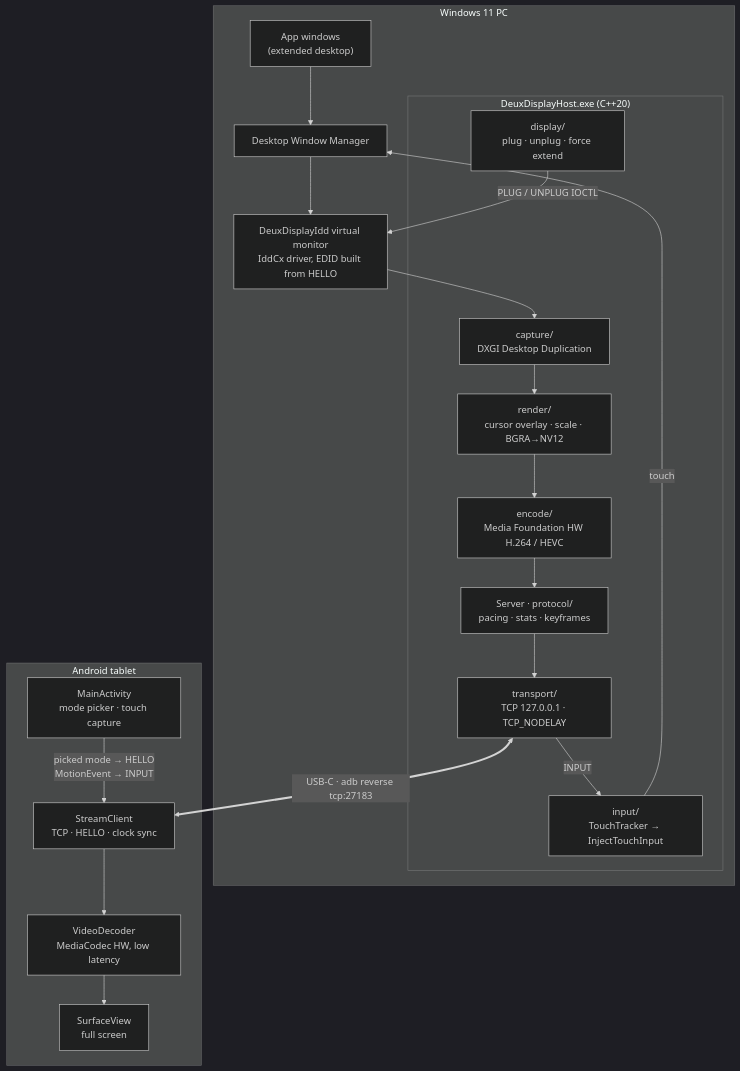
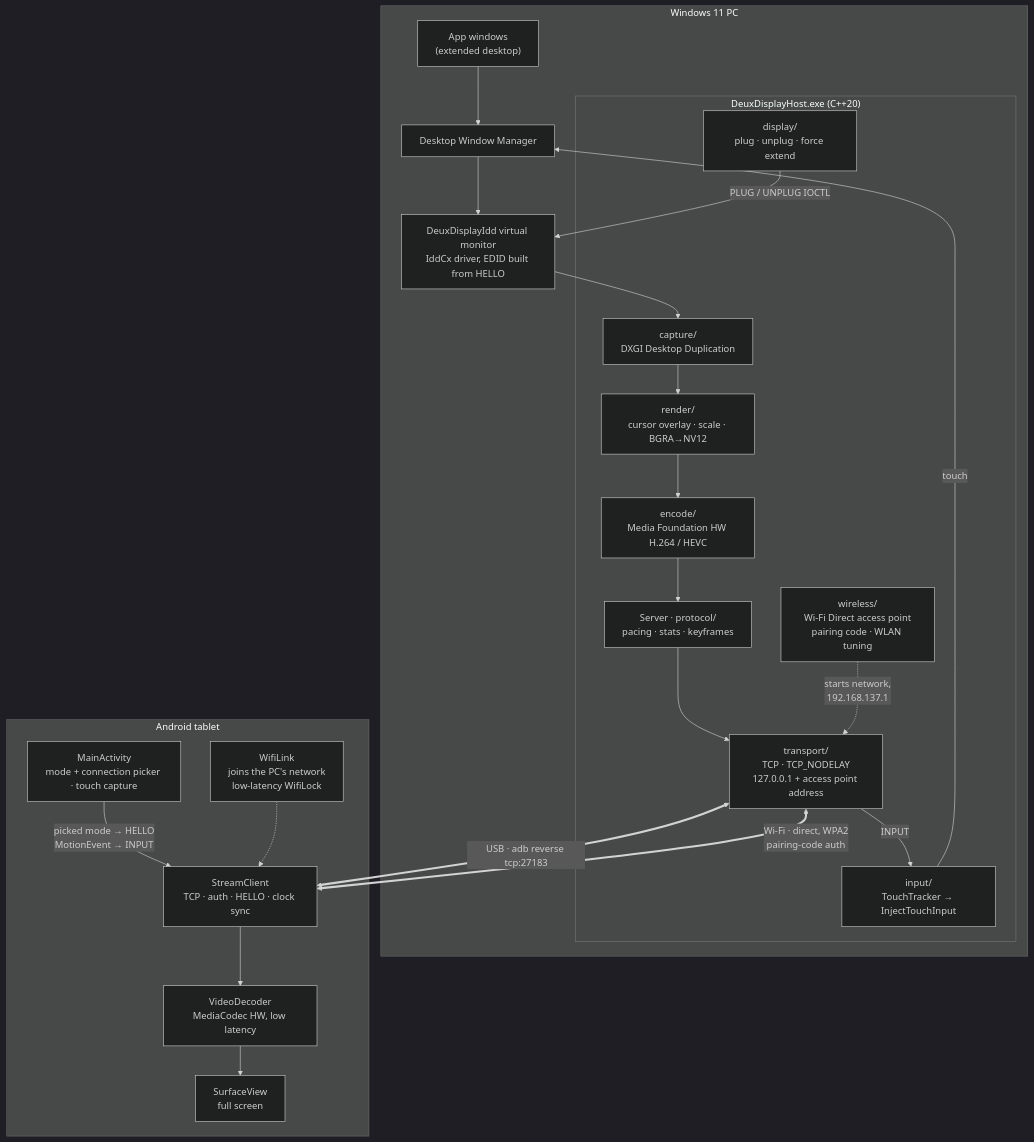
Before and after one commit to zengarv/DeuxDisplay: the first of 5 diagrams in README.md, drawn with Mermaid (dark theme). The commit also changed other lines of this file and 7 other files, not shown here.

````diff
--- a/README.md
+++ b/README.md
@@ -25,30 +28,34 @@
 ```mermaid
 flowchart TB
     subgraph PC["Windows 11 PC"]
         Apps["App windows<br/>(extended desktop)"] --> DWM["Desktop Window Manager"]
         DWM --> Monitor["DeuxDisplayIdd virtual monitor<br/>IddCx driver, EDID built from HELLO"]
         subgraph Host["DeuxDisplayHost.exe (C++20)"]
             Display["display/<br/>plug · unplug · force extend"]
             Capture["capture/<br/>DXGI Desktop Duplication"]
             Render["render/<br/>cursor overlay · scale · BGRA→NV12"]
             Encode["encode/<br/>Media Foundation HW H.264 / HEVC"]
             Server["Server · protocol/<br/>pacing · stats · keyframes"]
             Input["input/<br/>TouchTracker → InjectTouchInput"]
-            Tcp["transport/<br/>TCP 127.0.0.1 · TCP_NODELAY"]
+            Tcp["transport/<br/>TCP · TCP_NODELAY<br/>127.0.0.1 + access point address"]
+            Wireless["wireless/<br/>Wi-Fi Direct access point<br/>pairing code · WLAN tuning"]
             Capture --> Render --> Encode --> Server --> Tcp
             Tcp -- "INPUT" --> Input
+            Wireless -. "starts network,<br/>192.168.137.1" .-> Tcp
         end
         Display -- "PLUG / UNPLUG IOCTL" --> Monitor
         Monitor --> Capture
         Input -- "touch" --> DWM
     end
 
-    Tcp <== "USB-C · adb reverse tcp:27183" ==> Client
+    Tcp <== "USB · adb reverse tcp:27183" ==> Client
+    Tcp <== "Wi-Fi · direct, WPA2<br/>pairing-code auth" ==> Client
 
     subgraph Tablet["Android tablet"]
-        Client["StreamClient<br/>TCP · HELLO · clock sync"] --> Decoder["VideoDecoder<br/>MediaCodec HW, low latency"]
+        Client["StreamClient<br/>TCP · auth · HELLO · clock sync"] --> Decoder["VideoDecoder<br/>MediaCodec HW, low latency"]
         Decoder --> Surface["SurfaceView<br/>full screen"]
-        UI["MainActivity<br/>mode picker · touch capture"]
+        UI["MainActivity<br/>mode + connection picker · touch capture"]
         UI -- "picked mode → HELLO<br/>MotionEvent → INPUT" --> Client
+        Link["WifiLink<br/>joins the PC's network<br/>low-latency WifiLock"] -.-> Client
     end
 ```
````
